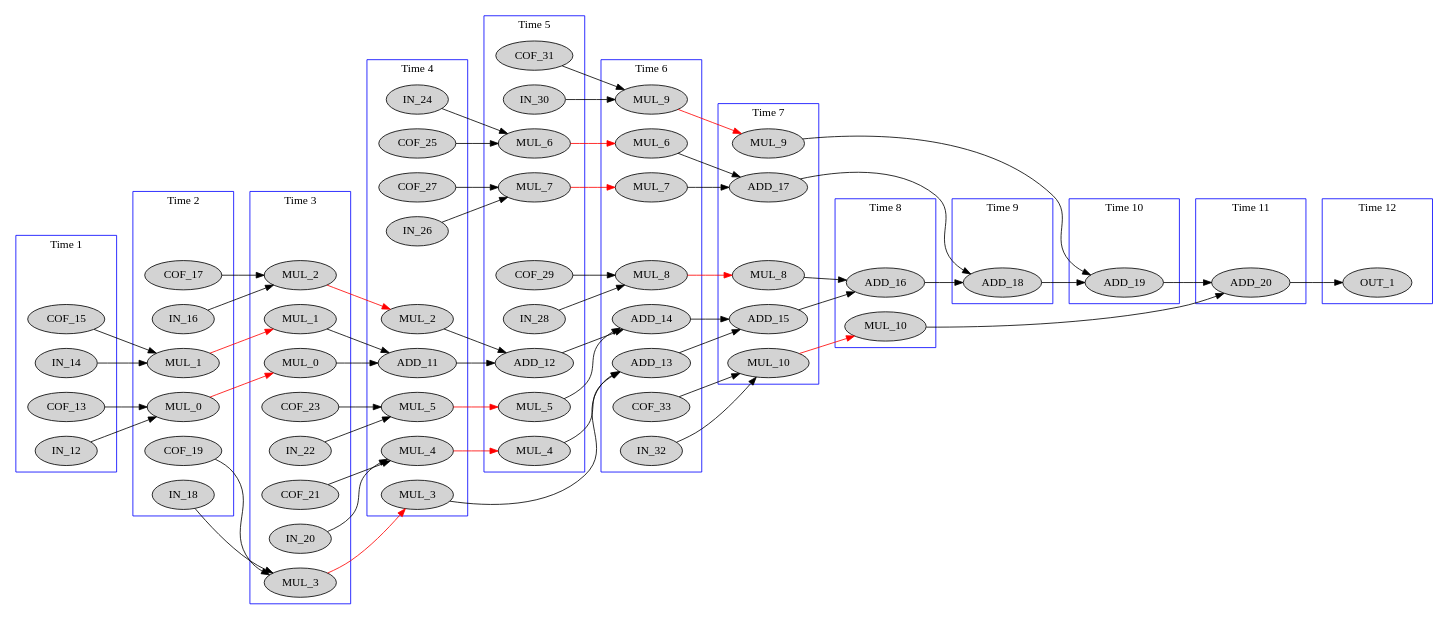
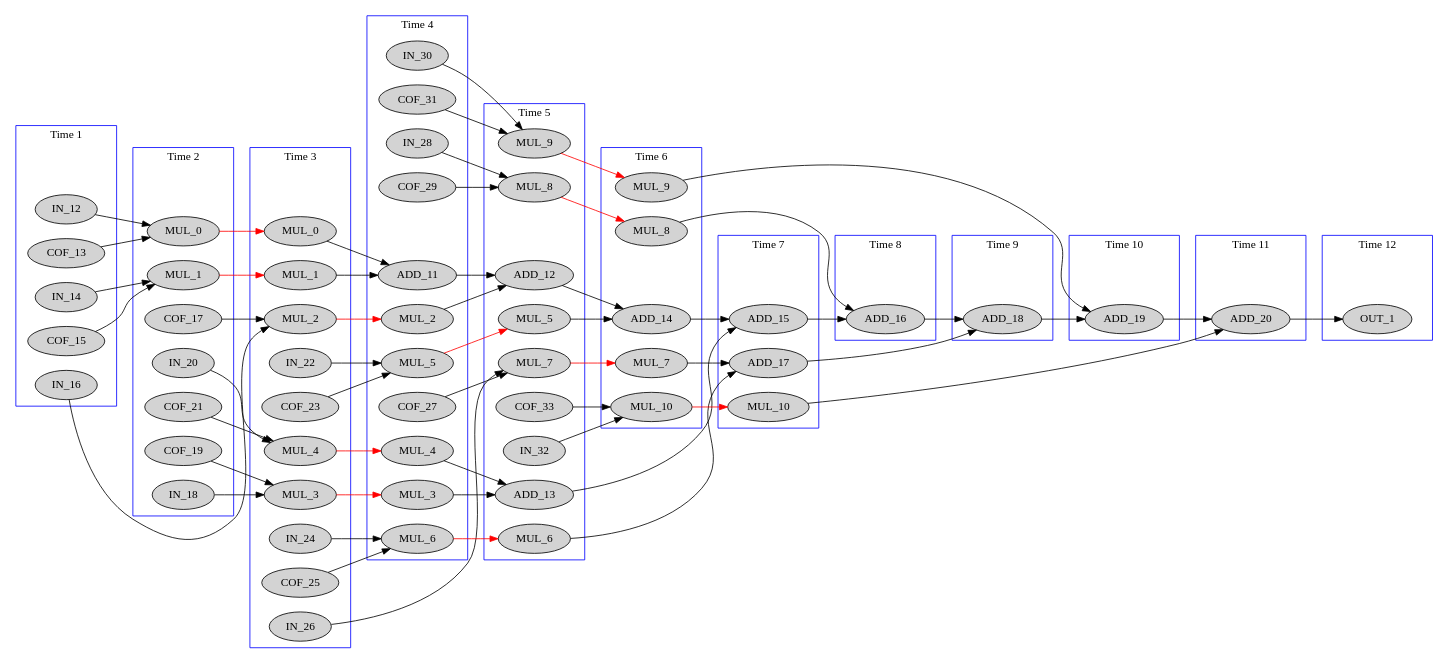
Before and after one commit to thegabriele97/TCL-Learning: the diagram in contest/WORK_ShyHLS/data/out/contest_fir.dot, drawn with Graphviz. The commit also changed other lines of this file and 6 other files, not shown here.

```diff
--- a/contest/WORK_ShyHLS/data/out/contest_fir.dot
+++ b/contest/WORK_ShyHLS/data/out/contest_fir.dot
@@ -11,6 +11,7 @@
     COF_13
     IN_14
     COF_15
+    IN_16
   }
   subgraph cluster_2 {
     rank=same;
@@ -20,10 +21,11 @@
     pseudo_2 [style=invis];
     MUL_0_0 [label=MUL_0]
     MUL_1_0 [label=MUL_1]
-    IN_16
     COF_17
     IN_18
     COF_19
+    IN_20
+    COF_21
   }
   subgraph cluster_3 {
     rank=same;
@@ -35,10 +37,12 @@
     MUL_1_1 [label=MUL_1]
     MUL_2_0 [label=MUL_2]
     MUL_3_0 [label=MUL_3]
-    IN_20
-    COF_21
+    MUL_4_0 [label=MUL_4]
     IN_22
     COF_23
+    IN_24
+    COF_25
+    IN_26
   }
   subgraph cluster_4 {
     rank=same;
@@ -48,13 +52,15 @@
     pseudo_4 [style=invis];
     MUL_2_1 [label=MUL_2]
     MUL_3_1 [label=MUL_3]
-    MUL_4_0 [label=MUL_4]
+    MUL_4_1 [label=MUL_4]
     MUL_5_0 [label=MUL_5]
+    MUL_6_0 [label=MUL_6]
     ADD_11
-    IN_24
-    COF_25
-    IN_26
     COF_27
+    IN_28
+    COF_29
+    IN_30
+    COF_31
   }
   subgraph cluster_5 {
     rank=same;
@@ -62,15 +68,15 @@
     label = "Time 5";
     color = blue;
     pseudo_5 [style=invis];
-    MUL_4_1 [label=MUL_4]
     MUL_5_1 [label=MUL_5]
-    MUL_6_0 [label=MUL_6]
+    MUL_6_1 [label=MUL_6]
     MUL_7_0 [label=MUL_7]
+    MUL_8_0 [label=MUL_8]
+    MUL_9_0 [label=MUL_9]
     ADD_12
-    IN_28
-    COF_29
-    IN_30
-    COF_31
+    ADD_13
+    IN_32
+    COF_33
   }
   subgraph cluster_6 {
     rank=same;
@@ -78,14 +84,11 @@
     label = "Time 6";
     color = blue;
     pseudo_6 [style=invis];
-    MUL_6_1 [label=MUL_6]
     MUL_7_1 [label=MUL_7]
-    MUL_8_0 [label=MUL_8]
-    MUL_9_0 [label=MUL_9]
-    ADD_13
+    MUL_8_1 [label=MUL_8]
+    MUL_9_1 [label=MUL_9]
+    MUL_10_0 [label=MUL_10]
     ADD_14
-    IN_32
-    COF_33
   }
   subgraph cluster_7 {
     rank=same;
@@ -93,9 +96,7 @@
     label = "Time 7";
     color = blue;
     pseudo_7 [style=invis];
-    MUL_8_1 [label=MUL_8]
-    MUL_9_1 [label=MUL_9]
-    MUL_10_0 [label=MUL_10]
+    MUL_10_1 [label=MUL_10]
     ADD_15
     ADD_17
   }
@@ -105,7 +106,6 @@
     label = "Time 8";
     color = blue;
     pseudo_8 [style=invis];
-    MUL_10_1 [label=MUL_10]
     ADD_16
   }
   subgraph cluster_9 {
```
